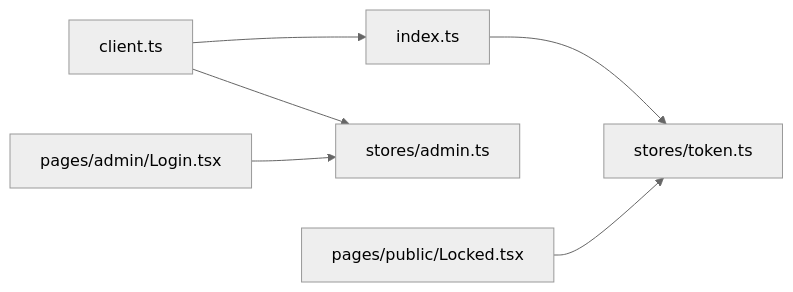
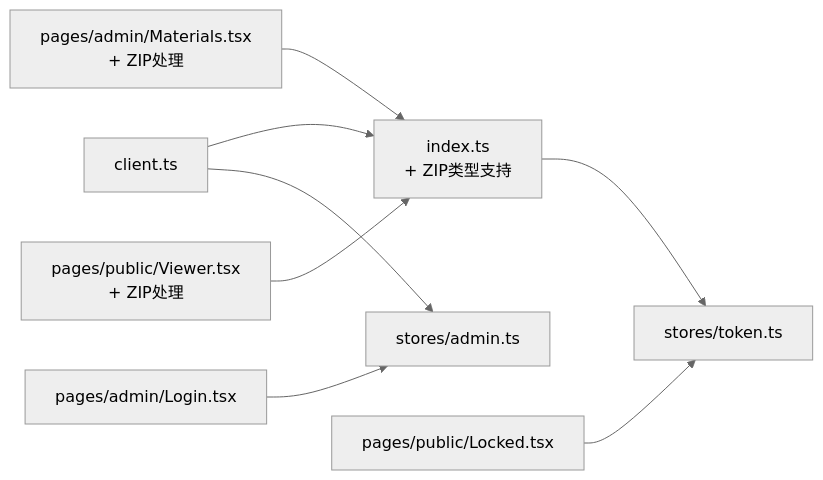
Before and after one commit to leo21cn/ai-learning-hub: the ninth of 9 diagrams in .qoder/repowiki/zh/content/前端开发指南/API集成.md, drawn with Mermaid (neutral theme). The commit also changed other lines of this file and 41 other files, not shown here.

````diff
--- a/.qoder/repowiki/zh/content/前端开发指南/API集成.md
+++ b/.qoder/repowiki/zh/content/前端开发指南/API集成.md
@@ -359,8 +462,10 @@
 ```mermaid
 graph LR
-client["client.ts"] --> index["index.ts"]
+client["client.ts"] --> index["index.ts<br/>+ ZIP类型支持"]
 client --> admin_store["stores/admin.ts"]
 index --> token_store["stores/token.ts"]
 login_page["pages/admin/Login.tsx"] --> admin_store
 locked_page["pages/public/Locked.tsx"] --> token_store
+materials_page["pages/admin/Materials.tsx<br/>+ ZIP处理"] --> index
+viewer_page["pages/public/Viewer.tsx<br/>+ ZIP处理"] --> index
 ```
````
